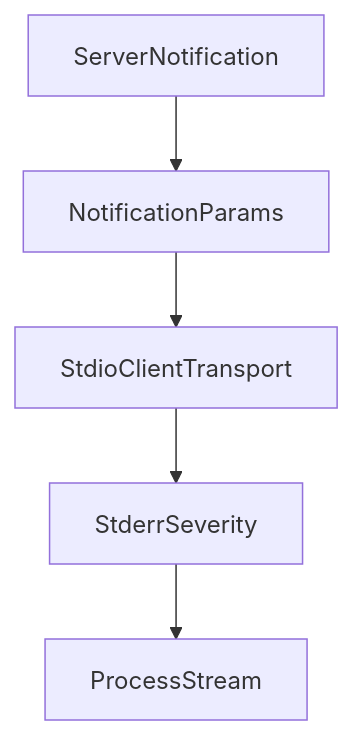
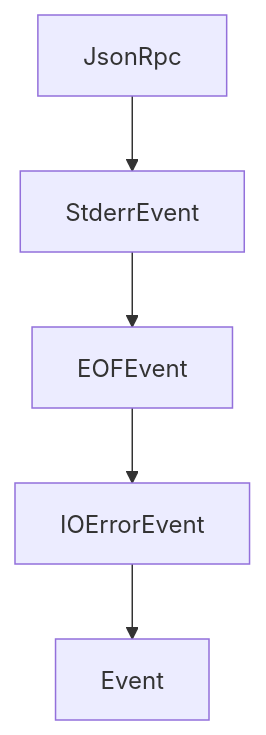
One commit to johnxie/awesome-code-docs changed the diagram in tutorials/mcp-kotlin-sdk-tutorial/08-release-strategy-and-production-rollout.md. Above: the diagram before and after it, drawn with Mermaid. The commit also changed other lines of this file and 1232 other files, not shown here.

````diff
--- a/tutorials/mcp-kotlin-sdk-tutorial/08-release-strategy-and-production-rollout.md
+++ b/tutorials/mcp-kotlin-sdk-tutorial/08-release-strategy-and-production-rollout.md
@@ -216,12 +214,12 @@
 ```mermaid
 flowchart TD
-    A[ServerNotification]
-    B[NotificationParams]
-    C[StdioClientTransport]
-    D[StderrSeverity]
-    E[ProcessStream]
+    A[JsonRpc]
+    B[StderrEvent]
+    C[EOFEvent]
+    D[IOErrorEvent]
+    E[Event]
     A --> B
     B --> C
     C --> D
     D --> E
 ```
````
